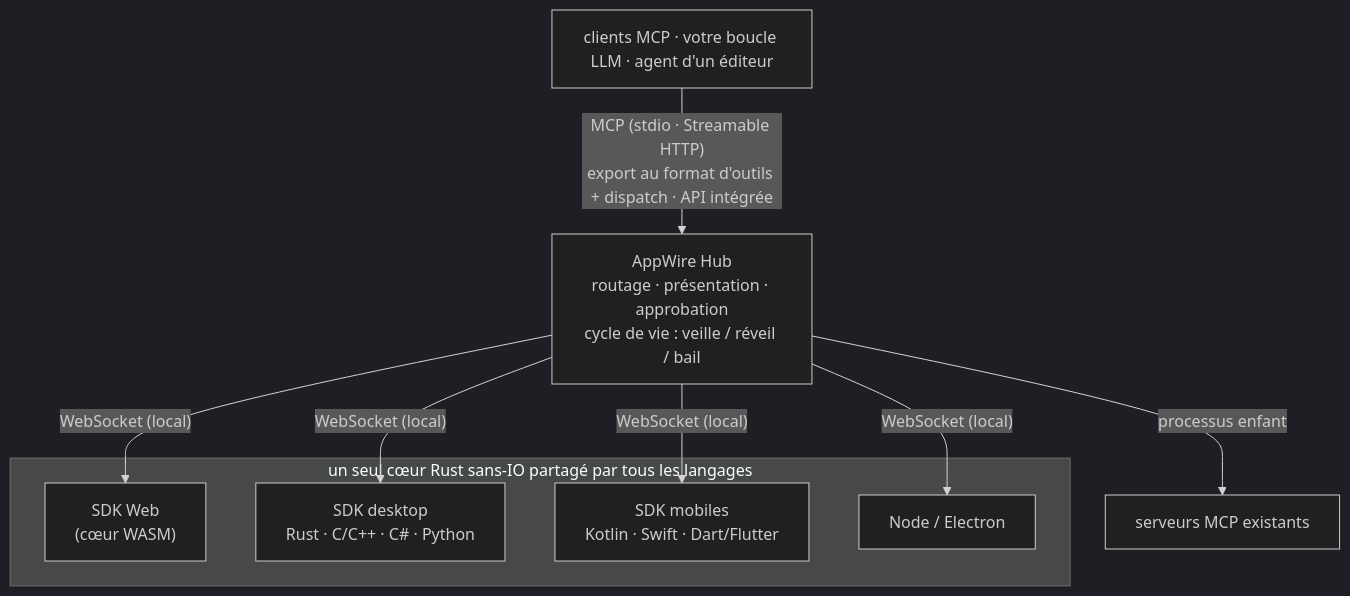
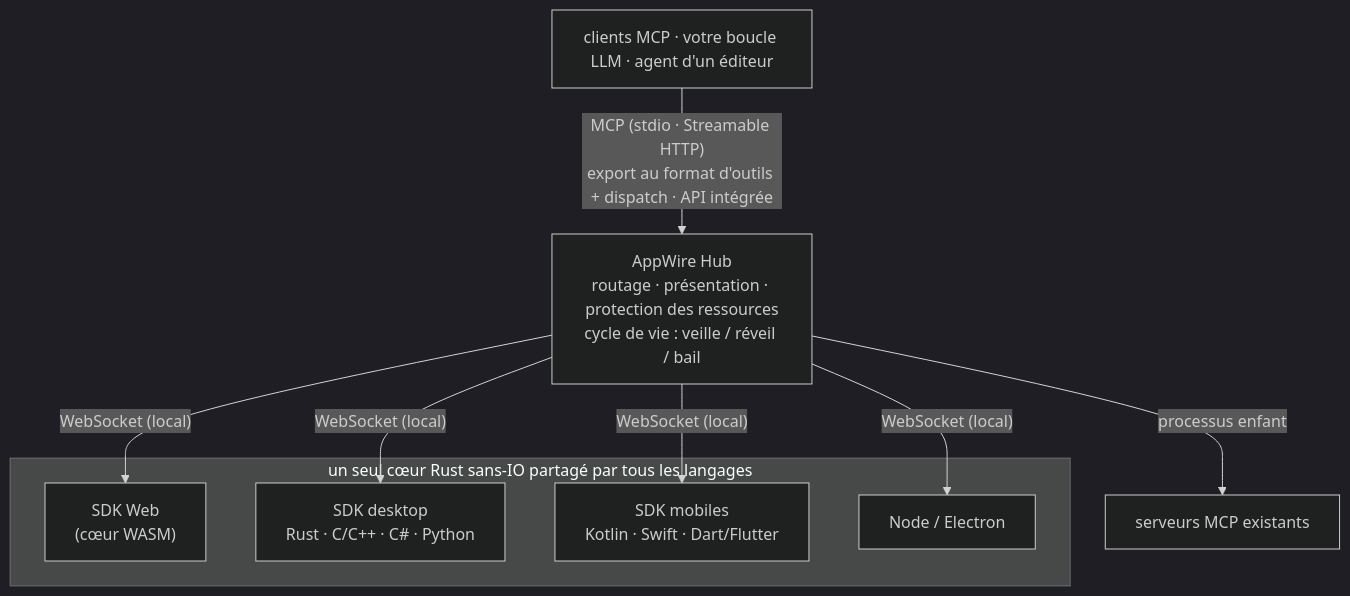
One commit to stareing/appwire changed the diagram in docs/README.fr.md. Above: the diagram before and after it, drawn with Mermaid (dark theme). The commit also changed other lines of this file and 11 other files, not shown here.

Commit message:
第 18 项 L1 + L4：README（11 种语言）与 llms.txt 去掉"Hub 审批"承诺，改为放行归 Agent、高风险确认归 App、本库如实传递声明并保护资源；补第 9 条原则"看得见、改得回"

````diff
--- a/docs/README.fr.md
+++ b/docs/README.fr.md
@@ -152,17 +155,17 @@
 ```mermaid
 flowchart TD
   clients["clients MCP · votre boucle LLM · agent d'un éditeur"]
-  hub["AppWire Hub<br/>routage · présentation · approbation<br/>cycle de vie : veille / réveil / bail"]
+  hub["AppWire Hub<br/>routage · présentation · protection des ressources<br/>cycle de vie : veille / réveil / bail"]
   clients -- "MCP (stdio · Streamable HTTP)<br/>export au format d'outils + dispatch · API intégrée" --> hub
   hub -- "WebSocket (local)" --> web["SDK Web<br/>(cœur WASM)"]
   hub -- "WebSocket (local)" --> desktop["SDK desktop<br/>Rust · C/C++ · C# · Python"]
   hub -- "WebSocket (local)" --> mobile["SDK mobiles<br/>Kotlin · Swift · Dart/Flutter"]
   hub -- "WebSocket (local)" --> node["Node / Electron"]
   hub -- "processus enfant" --> upstream["serveurs MCP existants"]
   subgraph core["un seul cœur Rust sans-IO partagé par tous les langages"]
     web
     desktop
     mobile
     node
   end
 ```
````
